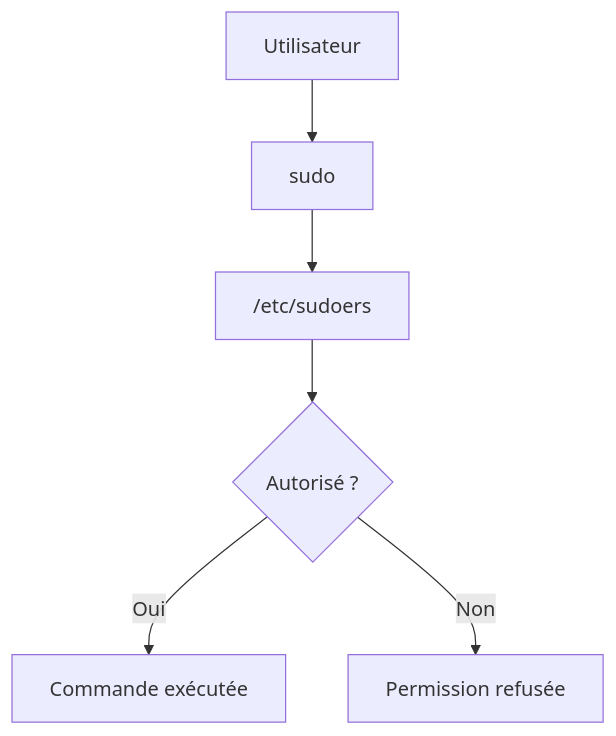
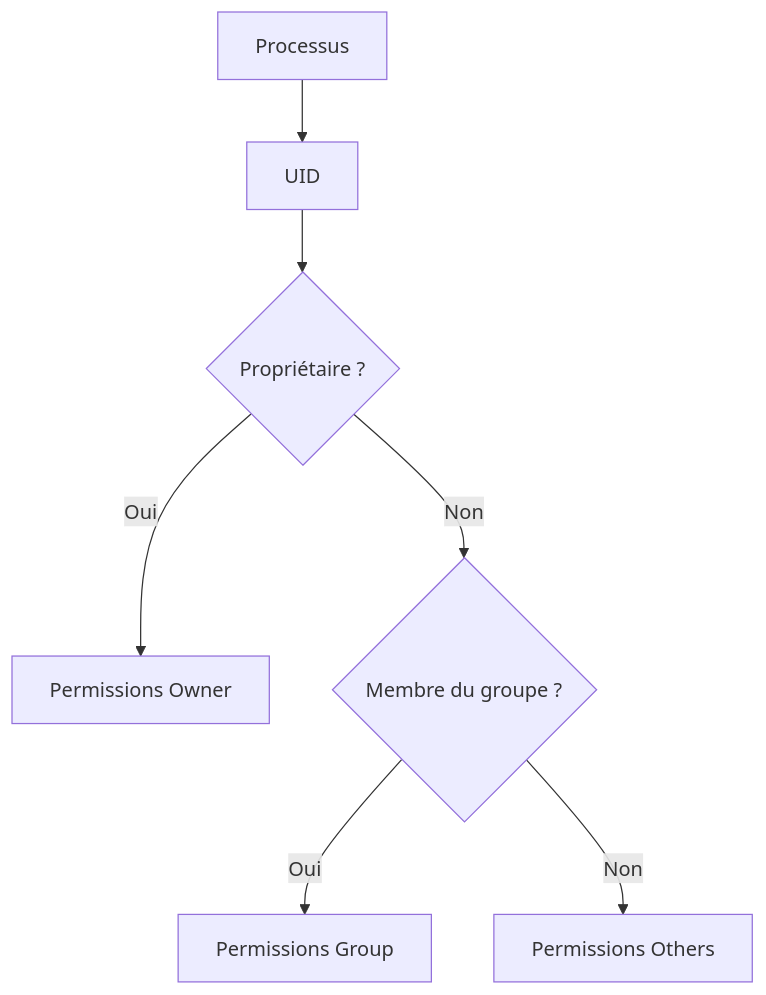
One commit to tdelaclos/formations changed diagram 12 of 21 in campagne 1/1.7.md. Above: the diagram before and after it, drawn with Mermaid. The commit also changed other lines of this file, not shown here.

````diff
--- a/campagne 1/1.7.md
+++ b/campagne 1/1.7.md
@@ -400,21 +738,24 @@
 ```mermaid
 flowchart TD
 
-A["Utilisateur"]
+A["Processus"]
 
-B["sudo"]
+B["UID"]
 
-C["/etc/sudoers"]
+C{"Propriétaire ?"}
 
-D{"Autorisé ?"}
+D["Permissions Owner"]
 
-E["Commande exécutée"]
+E{"Membre du groupe ?"}
 
-F["Permission refusée"]
+F["Permissions Group"]
+
+G["Permissions Others"]
 
 A --> B
 B --> C
-C --> D
-D -->|Oui| E
-D -->|Non| F
+C -->|Oui| D
+C -->|Non| E
+E -->|Oui| F
+E -->|Non| G
 ```
````
